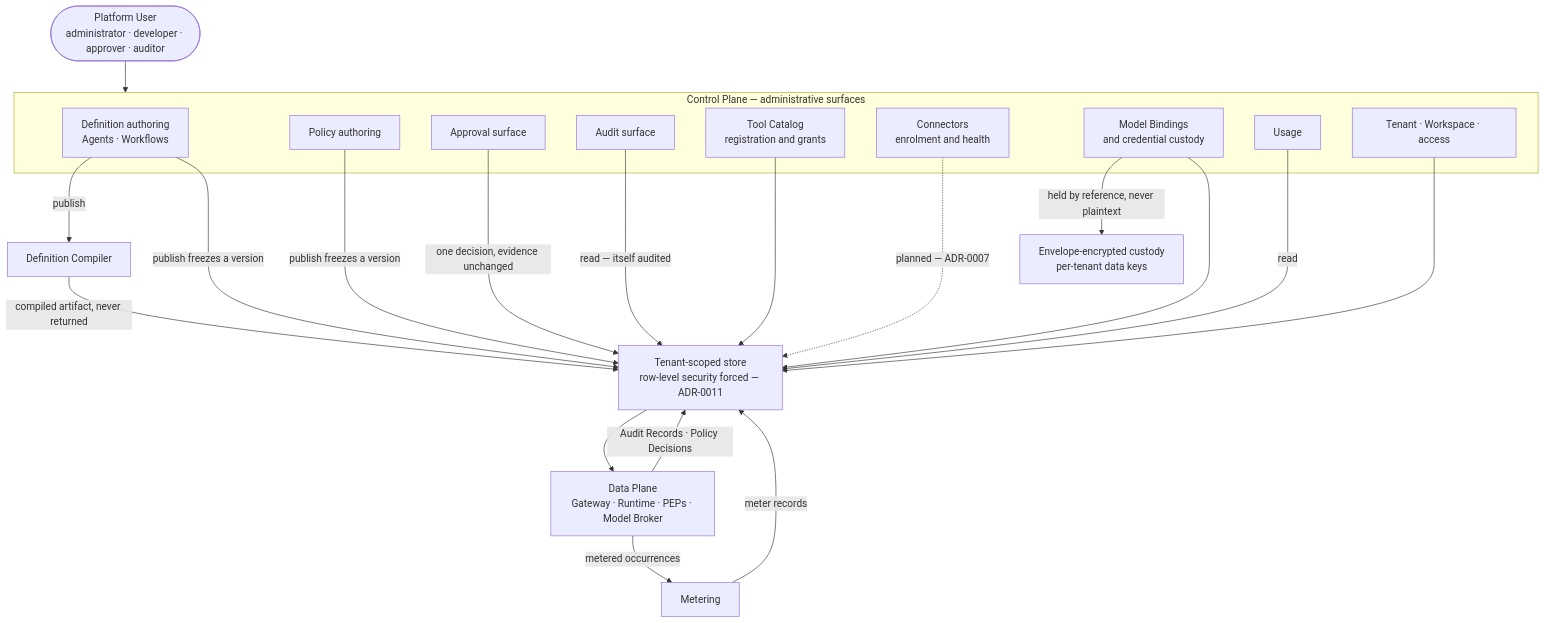
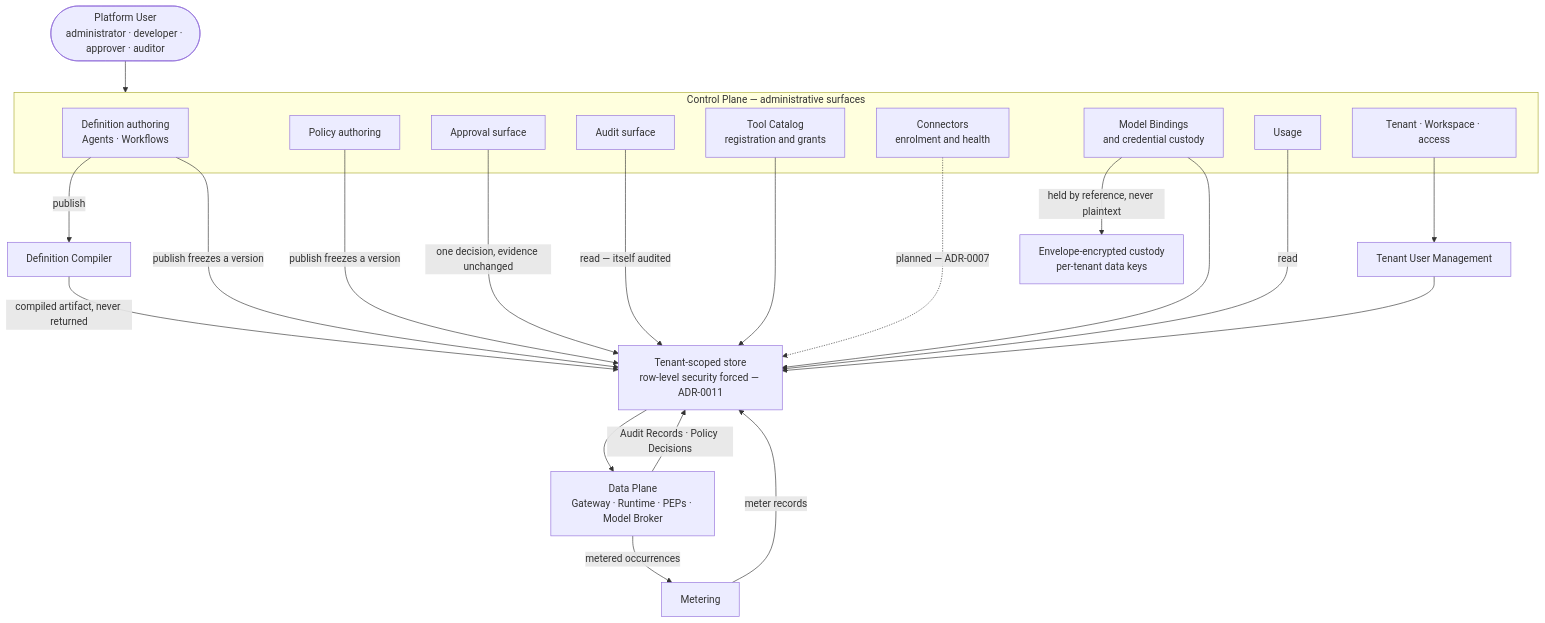
One commit to ayesigapaul/orchestra changed the diagram in docs/10-architecture/control-plane.md. Above: the diagram before and after it, drawn with Mermaid. The commit also changed other lines of this file and 19 other files, not shown here.

````diff
--- a/docs/10-architecture/control-plane.md
+++ b/docs/10-architecture/control-plane.md
@@ -52,29 +52,31 @@
 ```mermaid
 flowchart TD
   PU([Platform User<br/>administrator · developer · approver · auditor]) --> CP
   subgraph CP["Control Plane — administrative surfaces"]
     DEF["Definition authoring<br/>Agents · Workflows"]
     POL["Policy authoring"]
     APR["Approval surface"]
     AUD["Audit surface"]
     CAT["Tool Catalog<br/>registration and grants"]
     CONN["Connectors<br/>enrolment and health"]
     CRED["Model Bindings<br/>and credential custody"]
     USE["Usage"]
     TEN["Tenant · Workspace · access"]
   end
   DEF -->|"publish"| COMP["Definition Compiler"]
   COMP -->|"compiled artifact, never returned"| ST
   DEF & POL -->|"publish freezes a version"| ST
   APR -->|"one decision, evidence unchanged"| ST
   AUD -->|"read — itself audited"| ST
-  CAT & TEN --> ST
+  CAT --> ST
+  TEN --> TUM["Tenant User Management"]
+  TUM --> ST
   CONN -.->|"planned — ADR-0007"| ST
   USE -->|"read"| ST
   CRED -->|"held by reference, never plaintext"| KMS["Envelope-encrypted custody<br/>per-tenant data keys"]
   CRED --> ST
   ST["Tenant-scoped store<br/>row-level security forced — ADR-0011"] --> DP["Data Plane<br/>Gateway · Runtime · PEPs · Model Broker"]
   DP -->|"Audit Records · Policy Decisions"| ST
   DP -->|"metered occurrences"| MET["Metering"]
   MET -->|"meter records"| ST
 ```
````
